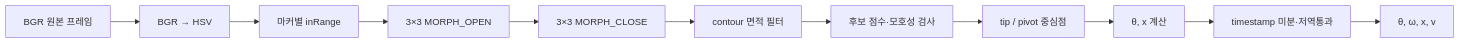
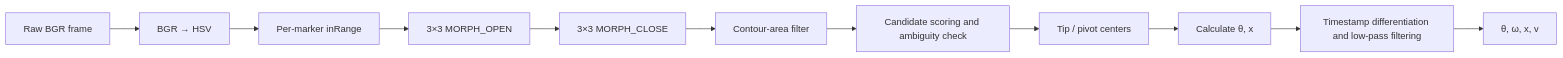
Before and after one commit to sim-red-line/single-stage-vision-cartpole: the diagram in docs/vision_pipeline.md, drawn with Mermaid. The commit also changed other lines of this file and 18 other files, not shown here.

```diff
--- a/docs/vision_pipeline.md
+++ b/docs/vision_pipeline.md
@@ -11,13 +13,13 @@
 ~~~mermaid
 flowchart LR
-    A["BGR 원본 프레임"] --> B["BGR → HSV"]
-    B --> C["마커별 inRange"]
+    A["Raw BGR frame"] --> B["BGR → HSV"]
+    B --> C["Per-marker inRange"]
     C --> D["3×3 MORPH_OPEN"]
     D --> E["3×3 MORPH_CLOSE"]
-    E --> F["contour 면적 필터"]
-    F --> G["후보 점수·모호성 검사"]
-    G --> H["tip / pivot 중심점"]
-    H --> I["θ, x 계산"]
-    I --> J["timestamp 미분·저역통과"]
+    E --> F["Contour-area filter"]
+    F --> G["Candidate scoring and ambiguity check"]
+    G --> H["Tip / pivot centers"]
+    H --> I["Calculate θ, x"]
+    I --> J["Timestamp differentiation and low-pass filtering"]
     J --> K["θ, ω, x, v"]
 ~~~
```
